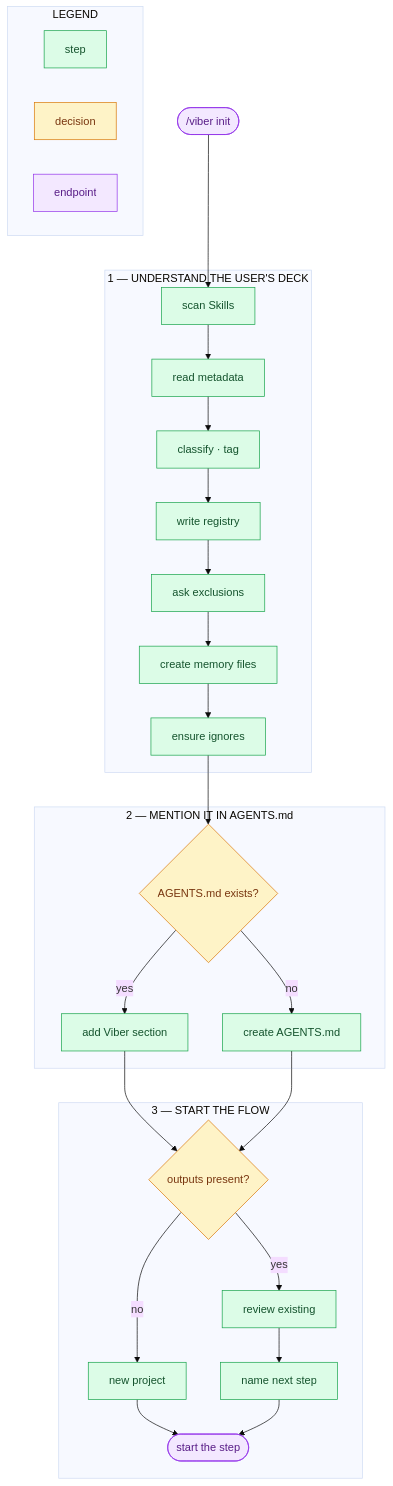
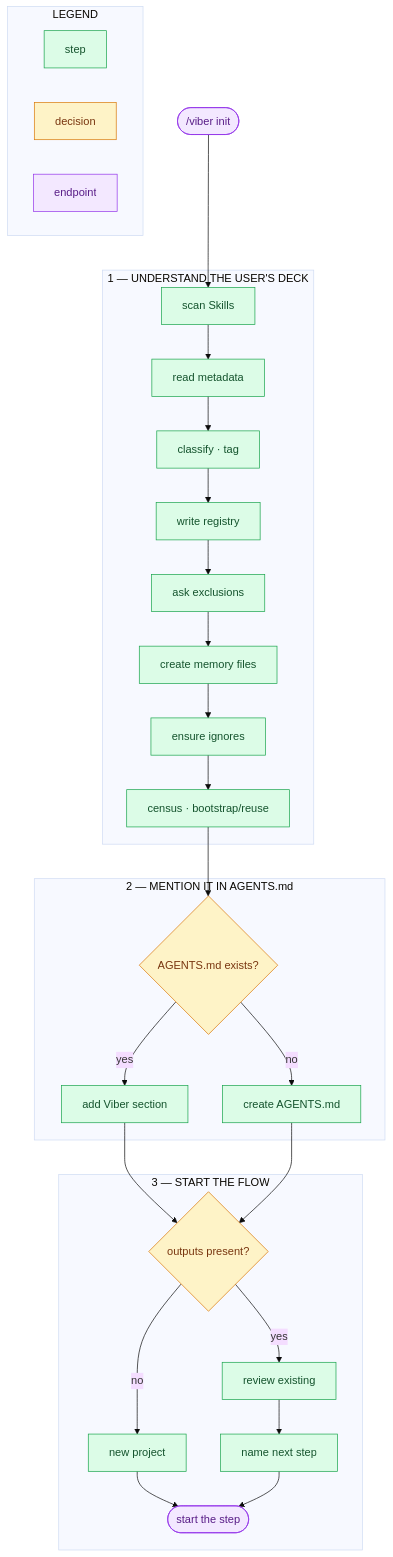
Before and after one commit to alaamer12/viber: the diagram in docs/diagrams/init-flow.mmd, drawn with Mermaid (base theme). The commit also changed 44 other files, not shown here.

```diff
--- a/docs/diagrams/init-flow.mmd
+++ b/docs/diagrams/init-flow.mmd
@@ -1,50 +1,51 @@
 flowchart TD
     CMD(["/viber init"])
 
     subgraph S1["1 — UNDERSTAND THE USER'S DECK"]
         SRC["scan Skills"]
         META["read metadata"]
         CLS["classify · tag"]
         REG["write registry"]
         EXCL["ask exclusions"]
         MEM["create memory files"]
         LAYOUT["ensure ignores"]
-        SRC --> META --> CLS --> REG --> EXCL --> MEM --> LAYOUT
+        CENSUS["census · bootstrap/reuse"]
+        SRC --> META --> CLS --> REG --> EXCL --> MEM --> LAYOUT --> CENSUS
     end
 
     subgraph S2["2 — MENTION IT IN AGENTS.md"]
         AG{"AGENTS.md exists?"}
         ADD["add Viber section"]
         NEW["create AGENTS.md"]
         AG -- "yes" --> ADD
         AG -- "no" --> NEW
     end
 
     subgraph S3["3 — START THE FLOW"]
         ST{"outputs present?"}
         FRESH["new project"]
         EXIST["review existing"]
         NEXT["name next step"]
         GO(["start the step"])
         ST -- "no" --> FRESH --> GO
         ST -- "yes" --> EXIST --> NEXT --> GO
     end
 
     CMD --> SRC
-    LAYOUT --> AG
+    CENSUS --> AG
     ADD --> ST
     NEW --> ST
 
     subgraph LG["LEGEND"]
         LD1["step"]
         LD2["decision"]
         LD3["endpoint"]
     end
 
     classDef step fill:#dcfce7,stroke:#16a34a,color:#14532d
     classDef decision fill:#fef3c7,stroke:#d97706,color:#78350f
     classDef endpoint fill:#f3e8ff,stroke:#9333ea,color:#581c87
 
-    class SRC,META,CLS,REG,EXCL,MEM,LAYOUT,ADD,NEW,FRESH,EXIST,NEXT,LD1 step
+    class SRC,META,CLS,REG,EXCL,MEM,LAYOUT,CENSUS,ADD,NEW,FRESH,EXIST,NEXT,LD1 step
     class AG,ST,LD2 decision
     class CMD,GO,LD3 endpoint
```
